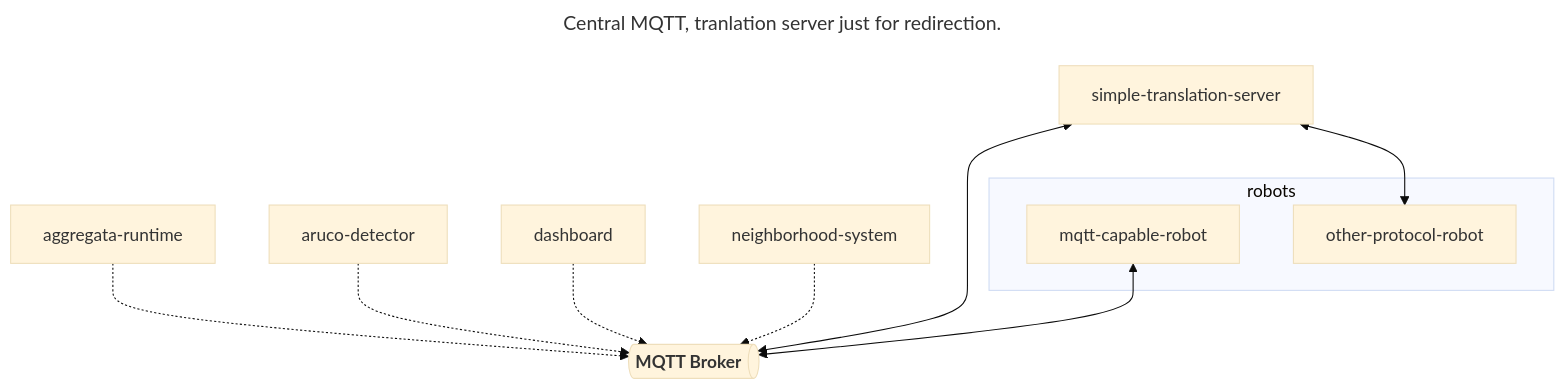
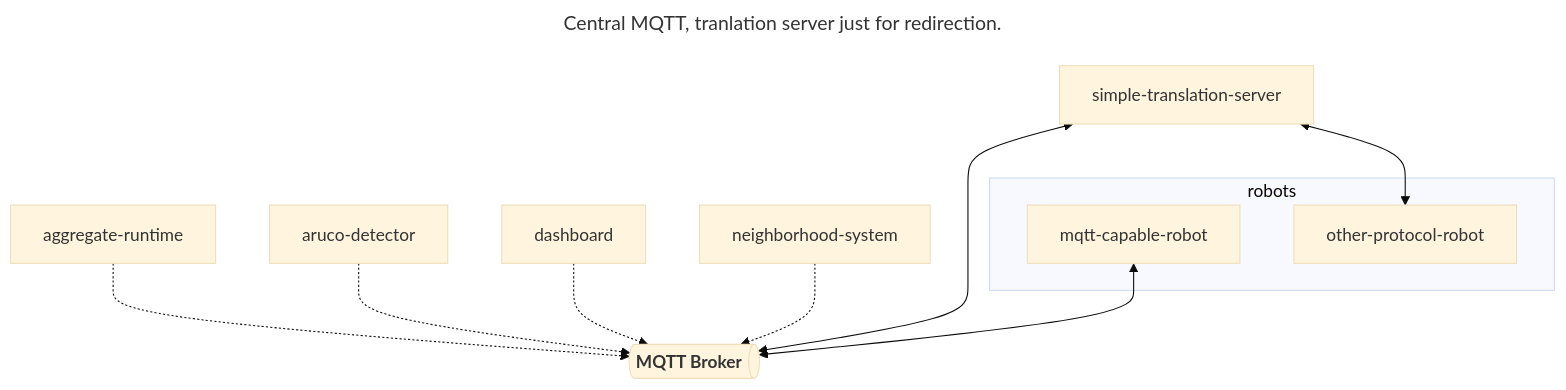
The third of 3 diagrams in 02-schemas.md (Salinatore/domain-gateway), drawn with Mermaid (base theme) before and after one commit. The commit also changed other lines of this file, not shown here.

````diff
--- a/02-schemas.md
+++ b/02-schemas.md
@@ -59,27 +59,27 @@
 ```mermaid
 ---
 title: Central MQTT, tranlation server just for redirection.
 ---
 graph 
-  AR[aggregata-runtime]
+  AR[aggregate-runtime]
   AD[aruco-detector]
   D[dashboard]
   NS[neighborhood-system]
   M@{ shape: das, label: "<b>MQTT Broker</b>" }
 
   AR -.-> M
   AD -.-> M
   D -.-> M
   NS -.-> M
 
   subgraph robots
     R1[mqtt-capable-robot]
     R2[other-protocol-robot]
   end 
 
   T[simple-translation-server]
 
   T <--> R2
   T <--> M
   R1 <--> M
 ```
````
